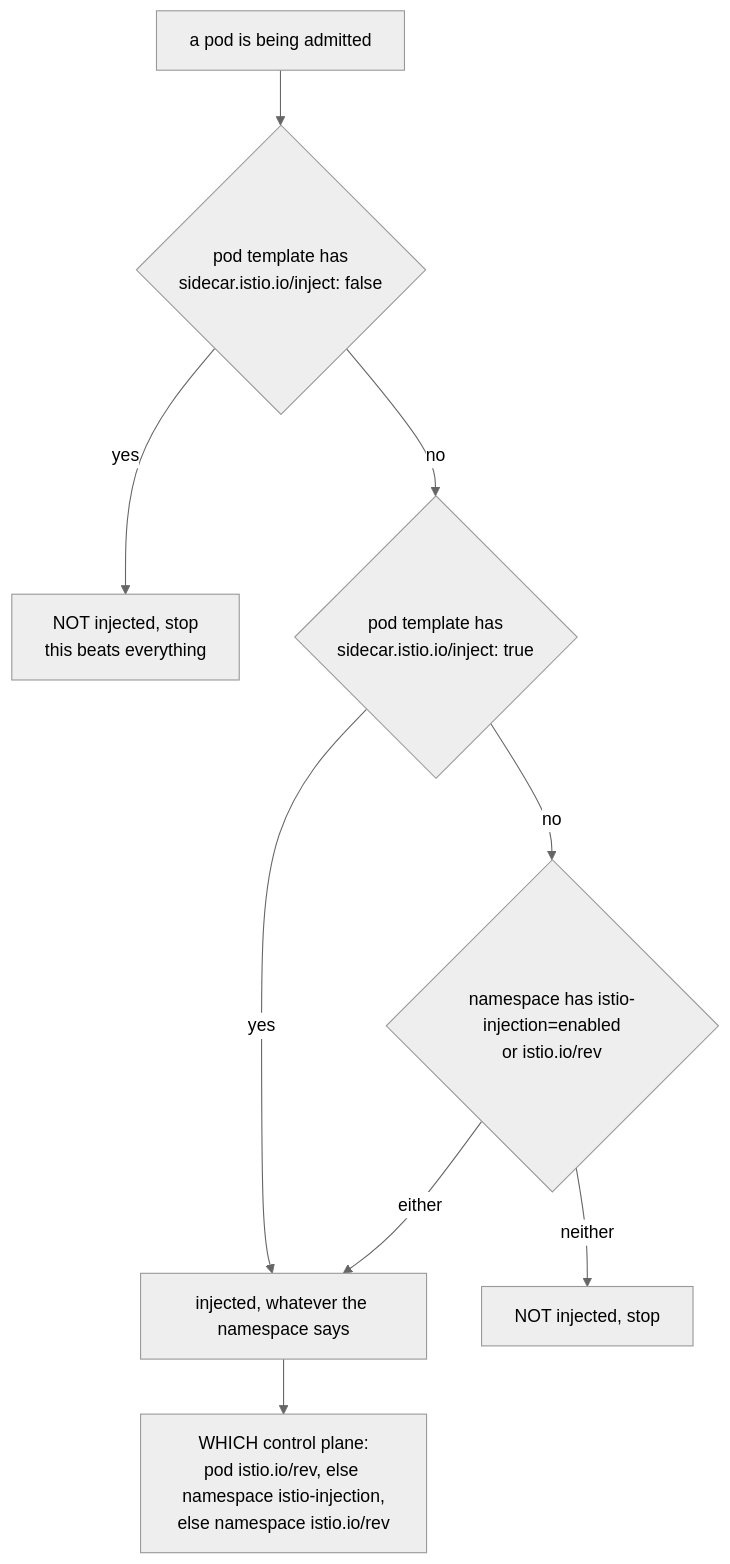
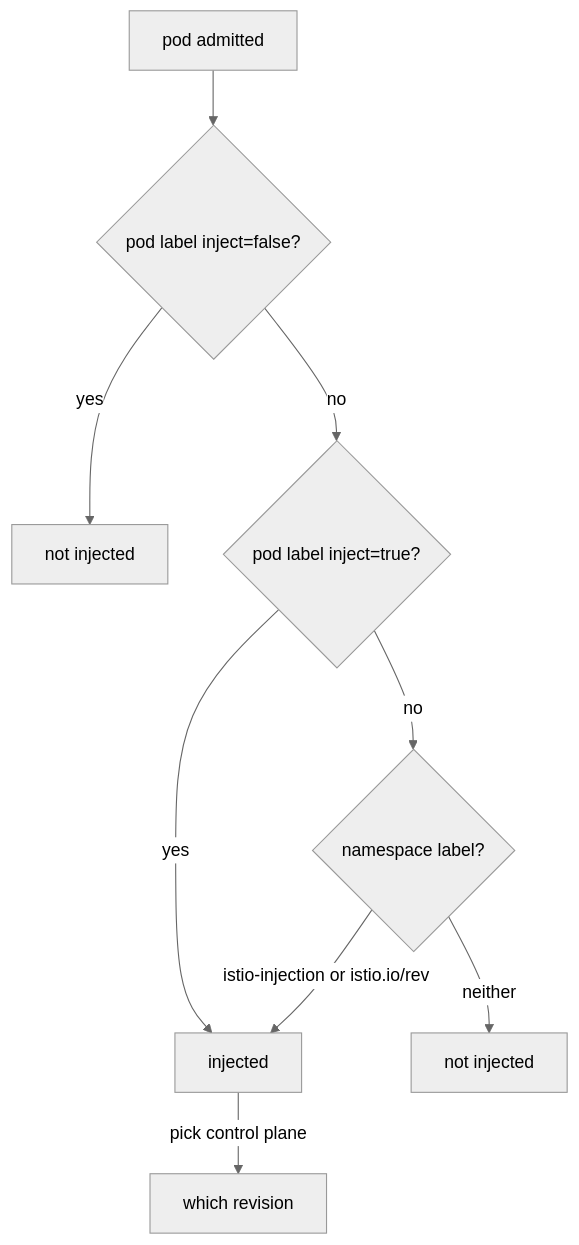
Before and after one commit to astrona-io/ATS013: the diagram in sections/section-020/module-02/course-02-the-precedence-rules.md, drawn with Mermaid (neutral theme). The commit also changed other lines of this file and 25 other files, not shown here.

````diff
--- a/sections/section-020/module-02/course-02-the-precedence-rules.md
+++ b/sections/section-020/module-02/course-02-the-precedence-rules.md
@@ -22,11 +26,11 @@
 ```mermaid
 flowchart TD
-    S["a pod is being admitted"] --> Q1{"pod template has<br/>sidecar.istio.io/inject: false"}
-    Q1 -->|"yes"| N1["NOT injected, stop<br/>this beats everything"]
-    Q1 -->|"no"| Q2{"pod template has<br/>sidecar.istio.io/inject: true"}
-    Q2 -->|"yes"| Y["injected, whatever the namespace says"]
-    Q2 -->|"no"| Q3{"namespace has istio-injection=enabled<br/>or istio.io/rev"}
-    Q3 -->|"neither"| N2["NOT injected, stop"]
-    Q3 -->|"either"| Y
-    Y --> W["WHICH control plane:<br/>pod istio.io/rev, else namespace istio-injection,<br/>else namespace istio.io/rev"]
+    S["pod admitted"] --> Q1{"pod label inject=false?"}
+    Q1 -->|"yes"| N1["not injected"]
+    Q1 -->|"no"| Q2{"pod label inject=true?"}
+    Q2 -->|"yes"| Y["injected"]
+    Q2 -->|"no"| Q3{"namespace label?"}
+    Q3 -->|"neither"| N2["not injected"]
+    Q3 -->|"istio-injection or istio.io/rev"| Y
+    Y -->|"pick control plane"| W["which revision"]
 ```
````
